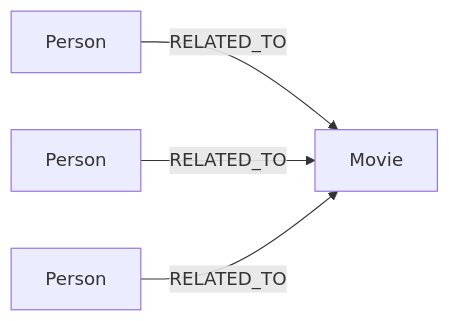
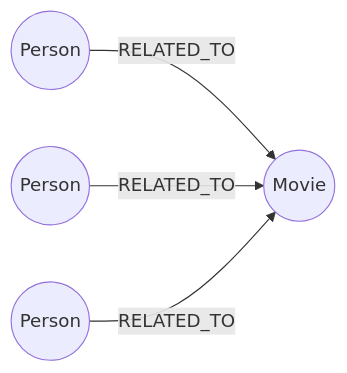
One commit to neo4j-graphacademy/courses changed the seventh of 13 diagrams in asciidoc/courses/workshop-importing/modules/2-data-modeling/lessons/7-refactoring/lesson.adoc. Above: the diagram before and after it, drawn with Mermaid. The commit also changed other lines of this file and 15 other files, not shown here.

````diff
--- a/asciidoc/courses/workshop-importing/modules/2-data-modeling/lessons/7-refactoring/lesson.adoc
+++ b/asciidoc/courses/workshop-importing/modules/2-data-modeling/lessons/7-refactoring/lesson.adoc
@@ -147,6 +147,6 @@
 ```mermaid
 graph LR
-    A[Person] -->|RELATED_TO| B[Movie]
-    C[Person] -->|RELATED_TO| B
-    D[Person] -->|RELATED_TO| B
+    A((Person)) -->|RELATED_TO| B((Movie))
+    C((Person)) -->|RELATED_TO| B
+    D((Person)) -->|RELATED_TO| B
 ```
````
